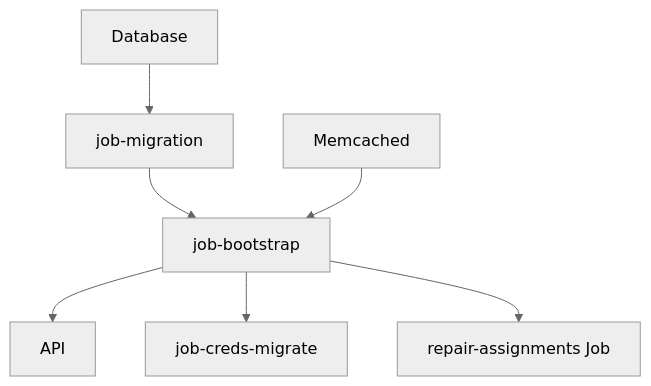
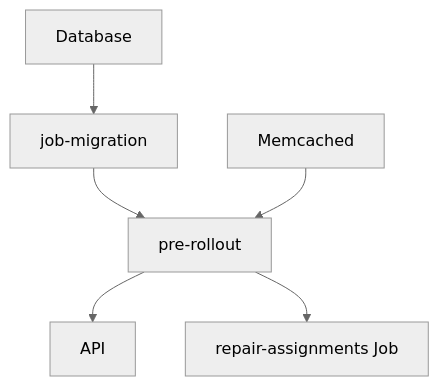
Before and after one commit to sapcc/helm-charts: the first of 2 diagrams in openstack/keystone/README.md, drawn with Mermaid (neutral theme). The commit also changed other lines of this file and 18 other files, not shown here.

````diff
--- a/openstack/keystone/README.md
+++ b/openstack/keystone/README.md
@@ -43,9 +42,8 @@
 ```mermaid
 flowchart TD
     DB[Database] --> MIG[job-migration]
-    MIG --> BOOT[job-bootstrap]
-    CACHE[Memcached] --> BOOT
-    BOOT --> API[API]
-    BOOT --> CREDS[job-creds-migrate]
-    BOOT --> REPAIR[repair-assignments Job]
+    MIG --> PRE[pre-rollout]
+    CACHE[Memcached] --> PRE
+    PRE --> API[API]
+    PRE --> REPAIR[repair-assignments Job]
 ```
````
